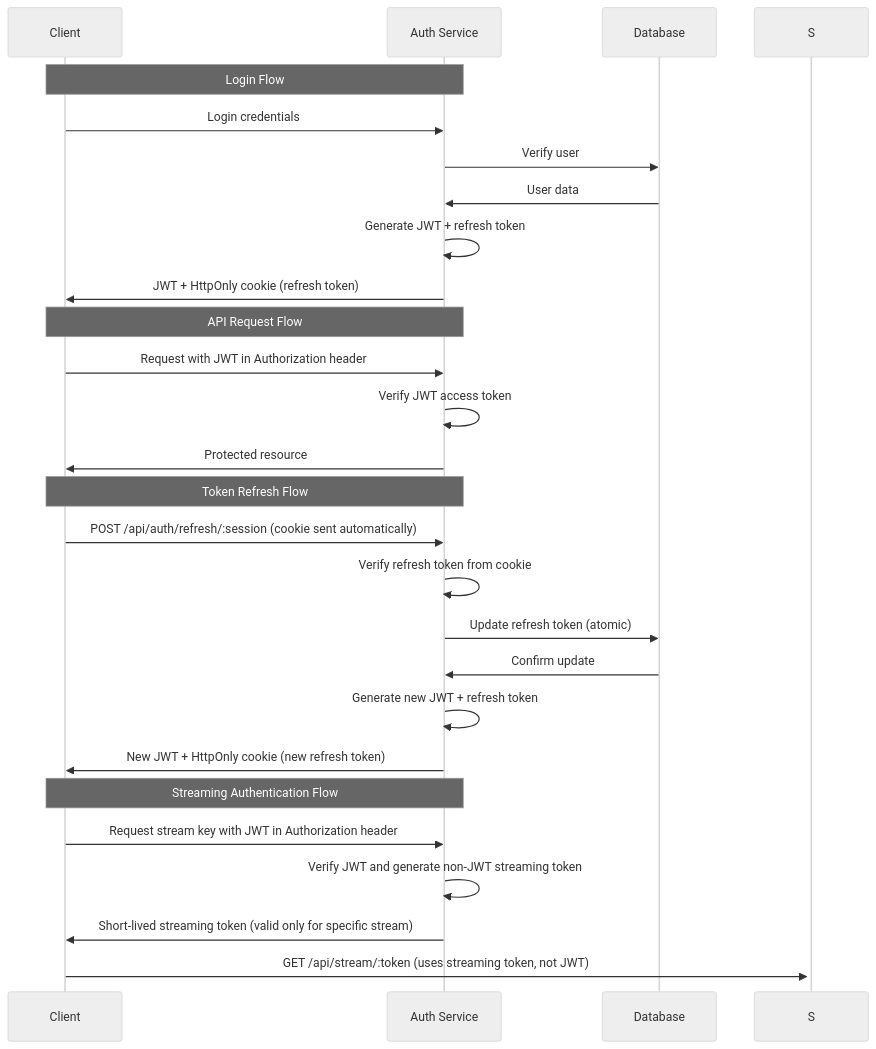
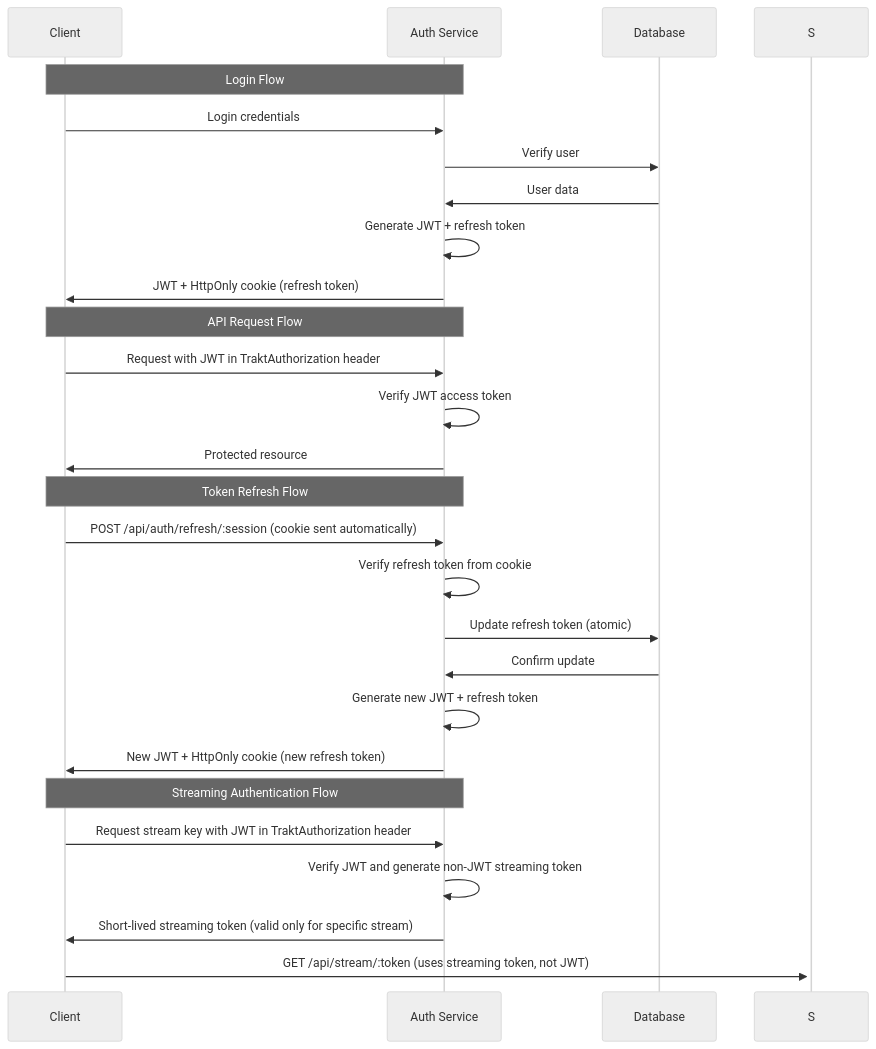
Before and after one commit to maury91/miauflix: the second of 3 diagrams in docs/architecture/system-overview.md, drawn with Mermaid (neutral theme). The commit also changed 94 other files, not shown here.

````diff
--- a/docs/architecture/system-overview.md
+++ b/docs/architecture/system-overview.md
@@ -137,32 +137,32 @@
 ```mermaid
 sequenceDiagram
     participant C as Client
     participant A as Auth Service
     participant D as Database
 
     Note over C,A: Login Flow
     C->>A: Login credentials
     A->>D: Verify user
     D->>A: User data
     A->>A: Generate JWT + refresh token
     A->>C: JWT + HttpOnly cookie (refresh token)
 
     Note over C,A: API Request Flow
-    C->>A: Request with JWT in Authorization header
+    C->>A: Request with JWT in TraktAuthorization header
     A->>A: Verify JWT access token
     A->>C: Protected resource
 
     Note over C,A: Token Refresh Flow
     C->>A: POST /api/auth/refresh/:session (cookie sent automatically)
     A->>A: Verify refresh token from cookie
     A->>D: Update refresh token (atomic)
     D->>A: Confirm update
     A->>A: Generate new JWT + refresh token
     A->>C: New JWT + HttpOnly cookie (new refresh token)
 
     Note over C,A: Streaming Authentication Flow
-    C->>A: Request stream key with JWT in Authorization header
+    C->>A: Request stream key with JWT in TraktAuthorization header
     A->>A: Verify JWT and generate non-JWT streaming token
     A->>C: Short-lived streaming token (valid only for specific stream)
     C->>+S: GET /api/stream/:token (uses streaming token, not JWT)
 ```
````
